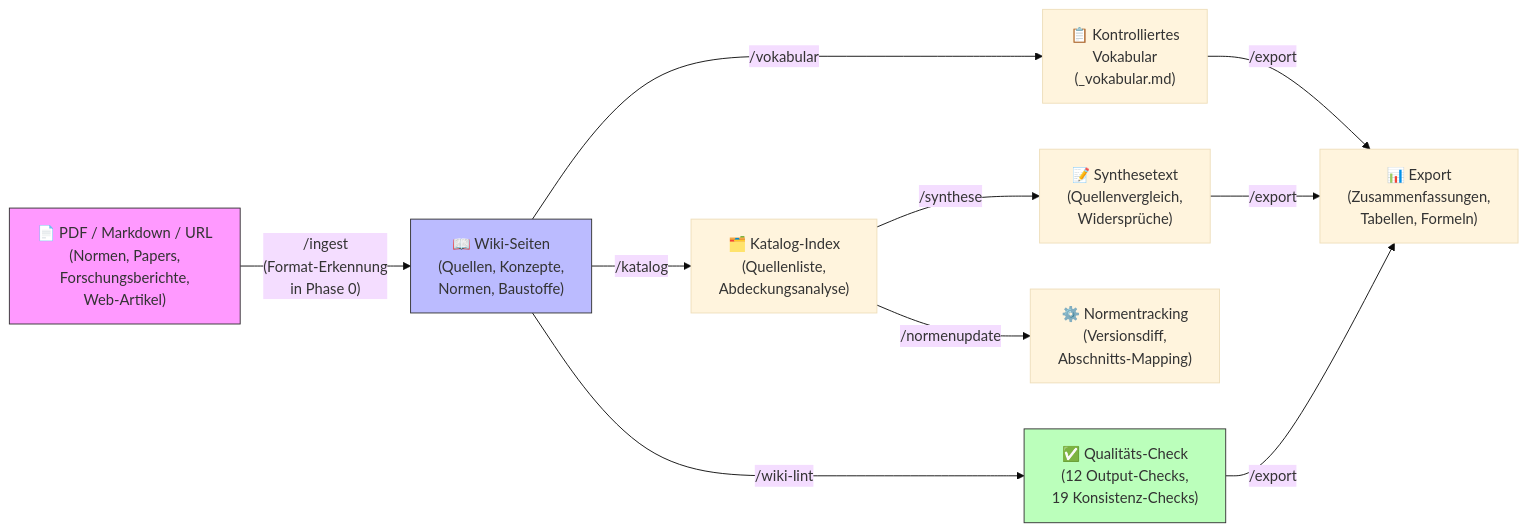
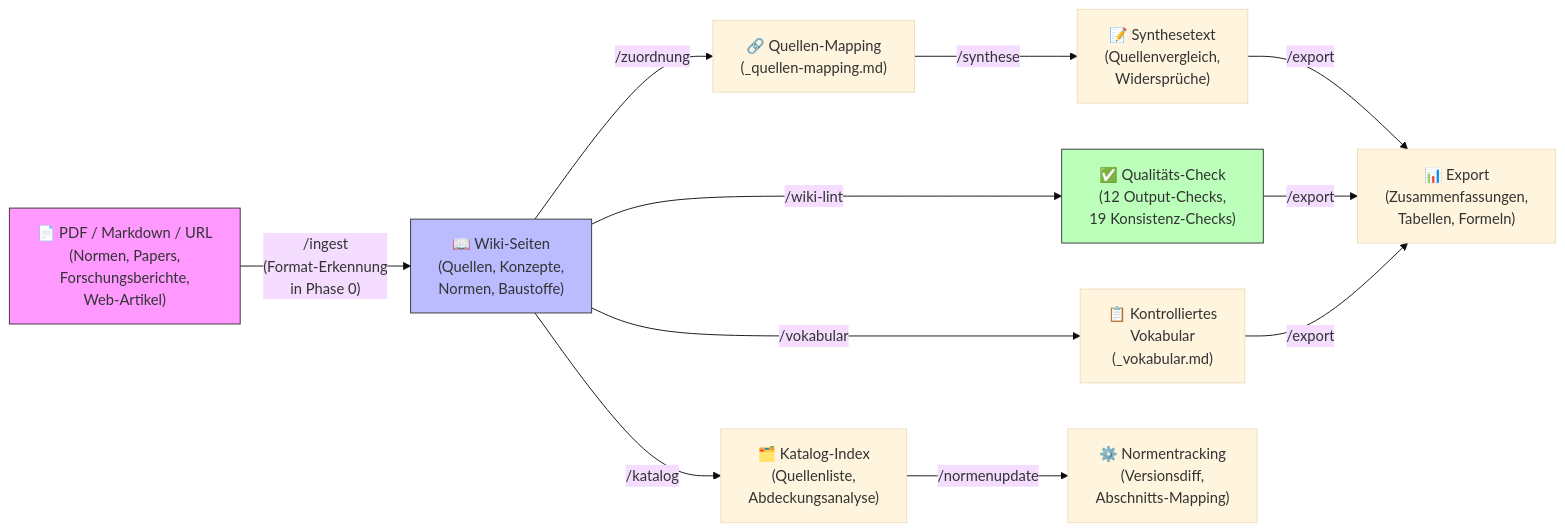
One commit to Disskaette/llm-wiki changed the diagram in ARCHITECTURE.md. Above: the diagram before and after it, drawn with Mermaid (base theme). The commit also changed other lines of this file and 1 other file, not shown here.

Commit message:
docs: ARCHITECTURE.md + CHANGELOG v2.0.1 — /zuordnung + neue Hooks + Statistiken

````diff
--- a/ARCHITECTURE.md
+++ b/ARCHITECTURE.md
@@ -5,16 +5,17 @@
 ```mermaid
 graph LR
     A["📄 PDF / Markdown / URL\n(Normen, Papers,\nForschungsberichte,\nWeb-Artikel)"] -->|"/ingest\n(Format-Erkennung\nin Phase 0)"| B["📖 Wiki-Seiten\n(Quellen, Konzepte,\nNormen, Baustoffe)"]
     B -->|/vokabular| C["📋 Kontrolliertes\nVokabular\n(_vokabular.md)"]
+    B -->|/zuordnung| Z["🔗 Quellen-Mapping\n(_quellen-mapping.md)"]
     B -->|/katalog| D["🗂️ Katalog-Index\n(Quellenliste,\nAbdeckungsanalyse)"]
     B -->|/wiki-lint| E["✅ Qualitäts-Check\n(12 Output-Checks,\n19 Konsistenz-Checks)"]
-    D -->|/synthese| F["📝 Synthesetext\n(Quellenvergleich,\nWidersprüche)"]
+    Z -->|/synthese| F["📝 Synthesetext\n(Quellenvergleich,\nWidersprüche)"]
     F -->|/export| G["📊 Export\n(Zusammenfassungen,\nTabellen, Formeln)"]
     E -->|/export| G
     C -->|/export| G
     D -->|/normenupdate| H["⚙️ Normentracking\n(Versionsdiff,\nAbschnitts-Mapping)"]
 
     style A fill:#f9f,stroke:#333
     style B fill:#bbf,stroke:#333
     style E fill:#bfb,stroke:#333
 ```
````
